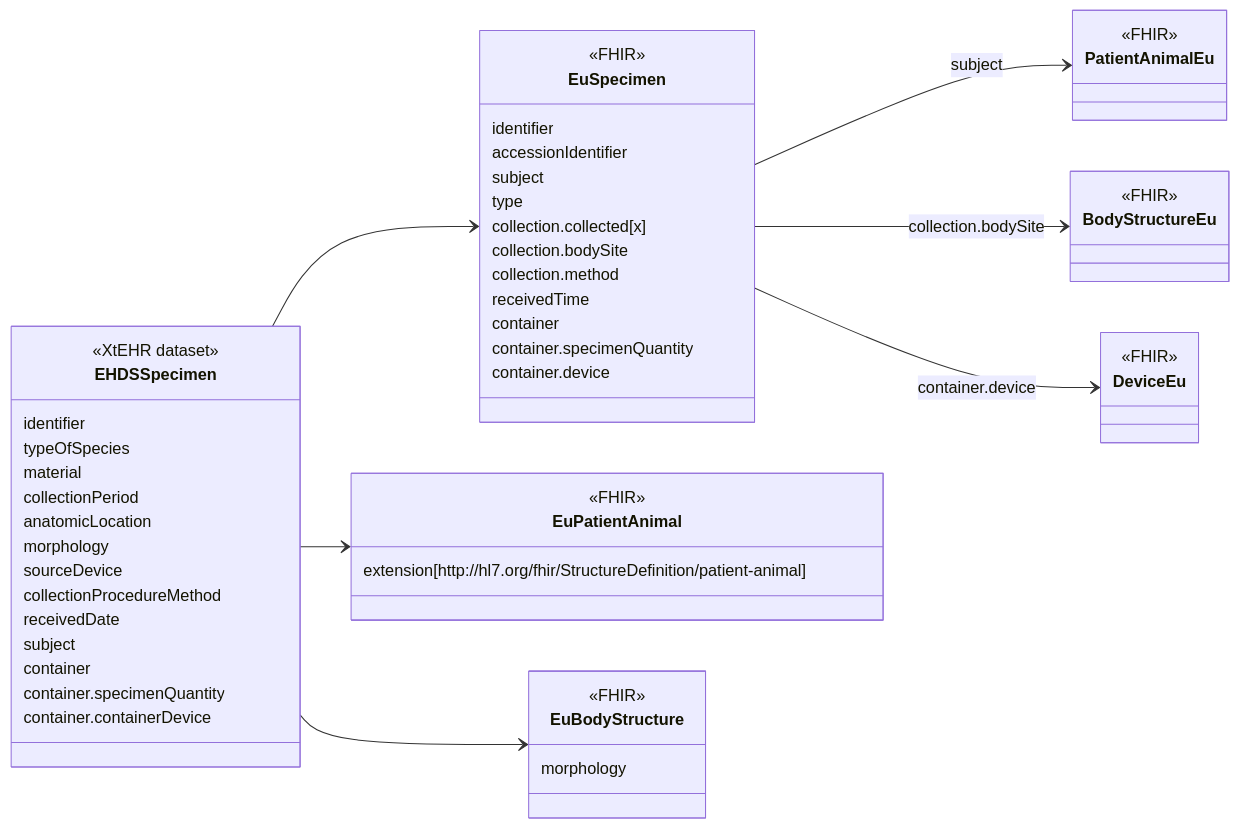
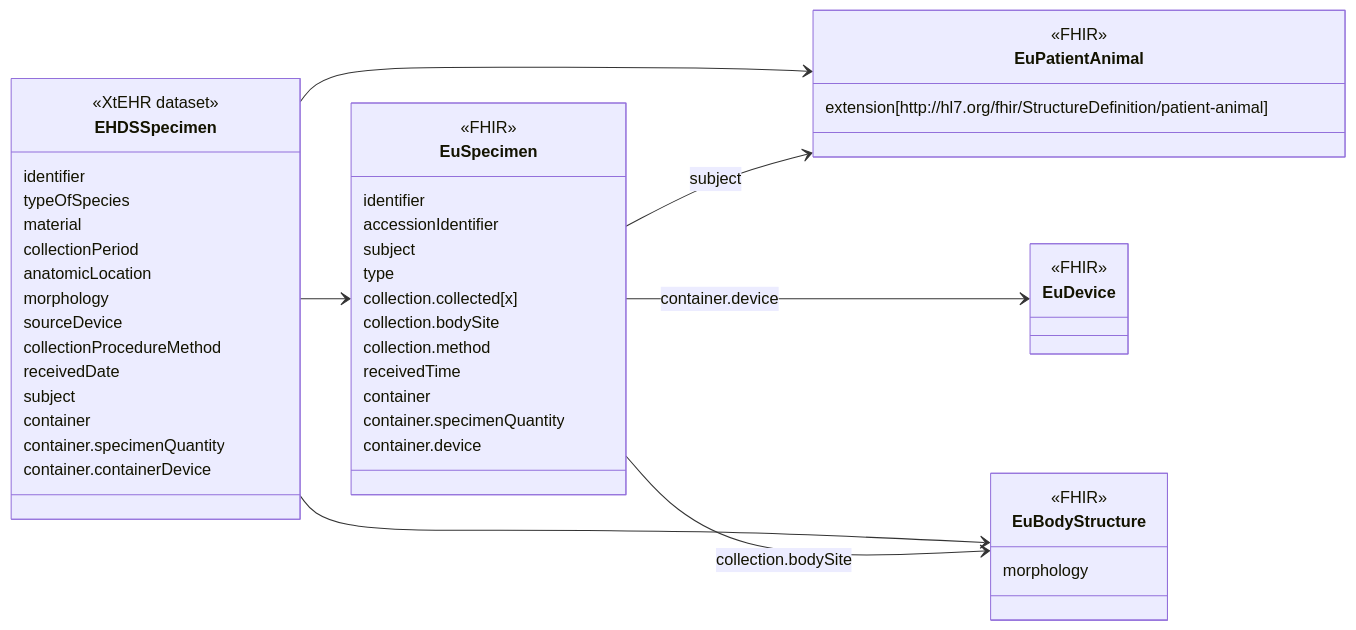
Before and after one commit to oijauregui/ehdsimaging: the diagram in input/intro-notes/ConceptMap-EHDSSpecimenMap-intro.md, drawn with Mermaid. The commit also changed 25 other files, not shown here.

````diff
--- a/input/intro-notes/ConceptMap-EHDSSpecimenMap-intro.md
+++ b/input/intro-notes/ConceptMap-EHDSSpecimenMap-intro.md
@@ -5,61 +5,61 @@
 ```mermaid
 classDiagram
 direction LR
 class EHDSSpecimen {
   <<XtEHR dataset>>
   identifier
   typeOfSpecies
   material
   collectionPeriod
   anatomicLocation
   morphology
   sourceDevice
   collectionProcedureMethod
   receivedDate
   subject
   container
   container.specimenQuantity
   container.containerDevice
 }
 link EHDSSpecimen "https://build.fhir.org/ig/Xt-EHR/xt-ehr-common/StructureDefinition-EHDSSpecimen.html"
 class EuSpecimen{
   <<FHIR>>
   identifier
   accessionIdentifier
   subject
   type
   collection.collected[x]
   collection.bodySite
   collection.method
   receivedTime
   container
   container.specimenQuantity
   container.device
 }
 
 class EuPatientAnimal{
   <<FHIR>>
   extension[http\://hl7.org/fhir/StructureDefinition/patient-animal]
 }
 
 class EuBodyStructure{
   <<FHIR>>
   morphology
 }
 
-class PatientAnimalEu {
+class EuPatientAnimal {
   <<FHIR>>
 }
-class BodyStructureEu {
+class EuBodyStructure {
   <<FHIR>>
 }
-class DeviceEu {
+class EuDevice {
   <<FHIR>>
 }
 EHDSSpecimen --> EuSpecimen
-EuSpecimen --> PatientAnimalEu : subject
-EuSpecimen --> BodyStructureEu : collection.bodySite
-EuSpecimen --> DeviceEu : container.device
+EuSpecimen --> EuPatientAnimal : subject
+EuSpecimen --> EuBodyStructure : collection.bodySite
+EuSpecimen --> EuDevice : container.device
 EHDSSpecimen --> EuPatientAnimal
 EHDSSpecimen --> EuBodyStructure
 ```
````
